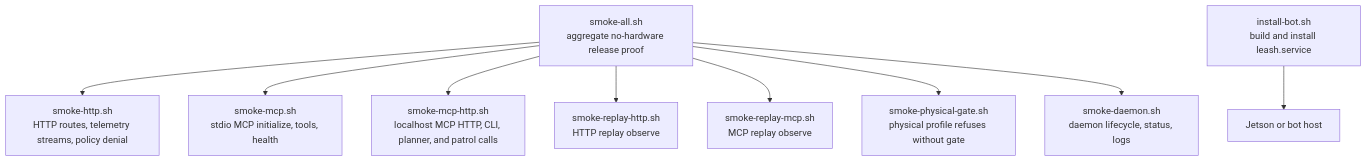
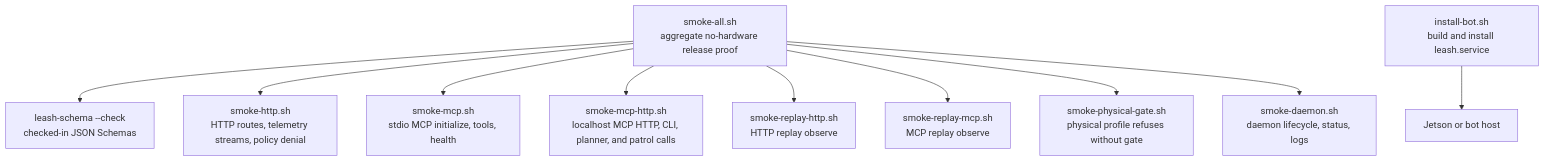
Before and after one commit to specdog/leash: the diagram in scripts/README.md, drawn with Mermaid. The commit also changed other lines of this file and 13 other files, not shown here.

Commit message:
Add message schemas and external clients

````diff
--- a/scripts/README.md
+++ b/scripts/README.md
@@ -5,11 +5,12 @@
 ```mermaid
 flowchart TB
-  all["smoke-all.sh\naggregate no-hardware release proof"] --> http["smoke-http.sh\nHTTP routes, telemetry streams, policy denial"]
+  all["smoke-all.sh\naggregate no-hardware release proof"] --> schema["leash-schema --check\nchecked-in JSON Schemas"]
+  all --> http["smoke-http.sh\nHTTP routes, telemetry streams, policy denial"]
   all --> mcp["smoke-mcp.sh\nstdio MCP initialize, tools, health"]
   all --> mcphttp["smoke-mcp-http.sh\nlocalhost MCP HTTP, CLI, planner, and patrol calls"]
   all --> replayhttp["smoke-replay-http.sh\nHTTP replay observe"]
   all --> replaymcp["smoke-replay-mcp.sh\nMCP replay observe"]
   all --> physical["smoke-physical-gate.sh\nphysical profile refuses without gate"]
   all --> daemon["smoke-daemon.sh\ndaemon lifecycle, status, logs"]
   install["install-bot.sh\nbuild and install leash.service"] --> bot["Jetson or bot host"]
 ```
````
